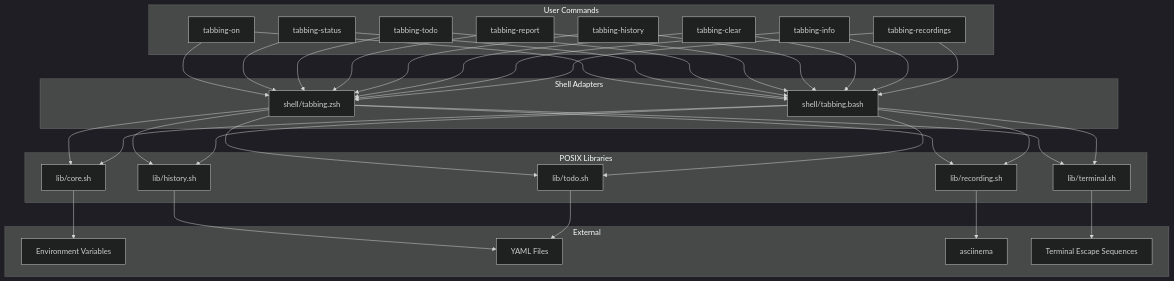
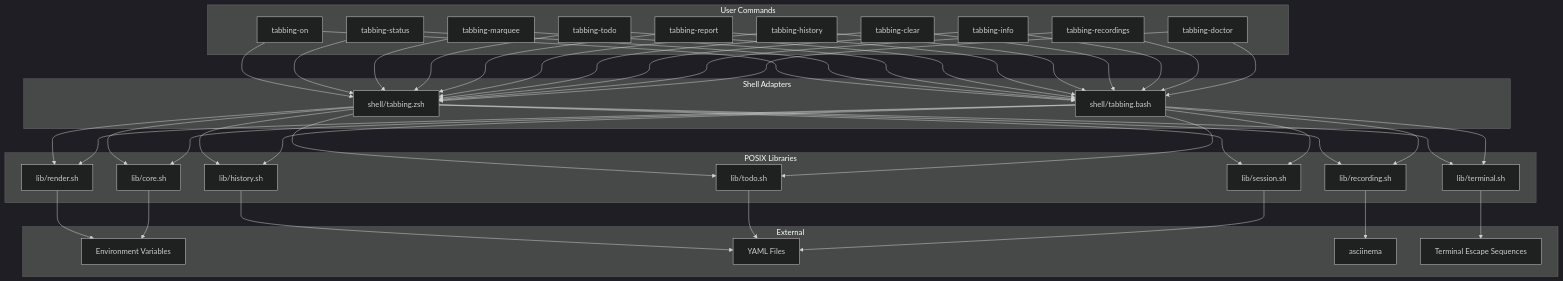
The diagram in docs/PROJ-ARCH.md (noizu/tabbing-on), drawn with Mermaid (dark theme) before and after one commit. The commit also changed other lines of this file and 11 other files, not shown here.

````diff
--- a/docs/PROJ-ARCH.md
+++ b/docs/PROJ-ARCH.md
@@ -9,40 +9,45 @@
 ```mermaid
 graph TB
     subgraph "User Commands"
         TO[tabbing-on]
         TS[tabbing-status]
+        TM[tabbing-marquee]
         TT[tabbing-todo]
         TR[tabbing-report]
         TH[tabbing-history]
         TC[tabbing-clear]
         TI[tabbing-info]
         TRC[tabbing-recordings]
+        TD[tabbing-doctor]
     end
 
     subgraph "Shell Adapters"
         ZSH[shell/tabbing.zsh]
         BASH[shell/tabbing.bash]
     end
 
     subgraph "POSIX Libraries"
+        REND[lib/render.sh]
         CORE[lib/core.sh]
         TERM[lib/terminal.sh]
         HIST[lib/history.sh]
         REC[lib/recording.sh]
+        SESS[lib/session.sh]
         TODO[lib/todo.sh]
     end
 
     subgraph "External"
         ENV[Environment Variables]
         YAML[YAML Files]
         ASC[asciinema]
         ESC[Terminal Escape Sequences]
     end
 
-    TO & TS & TT & TR & TH & TC & TI & TRC --> ZSH & BASH
-    ZSH & BASH --> CORE & TERM & HIST & REC & TODO
-    CORE --> ENV
+    TO & TS & TM & TT & TR & TH & TC & TI & TRC & TD --> ZSH & BASH
+    ZSH & BASH --> REND & CORE & TERM & HIST & REC & SESS & TODO
+    REND & CORE --> ENV
     TERM --> ESC
     HIST & TODO --> YAML
+    SESS --> YAML
     REC --> ASC
 ```
````
